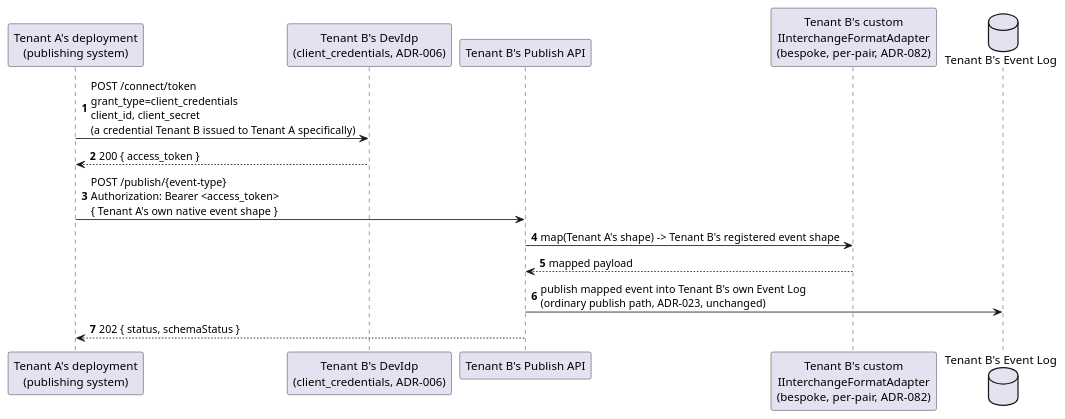
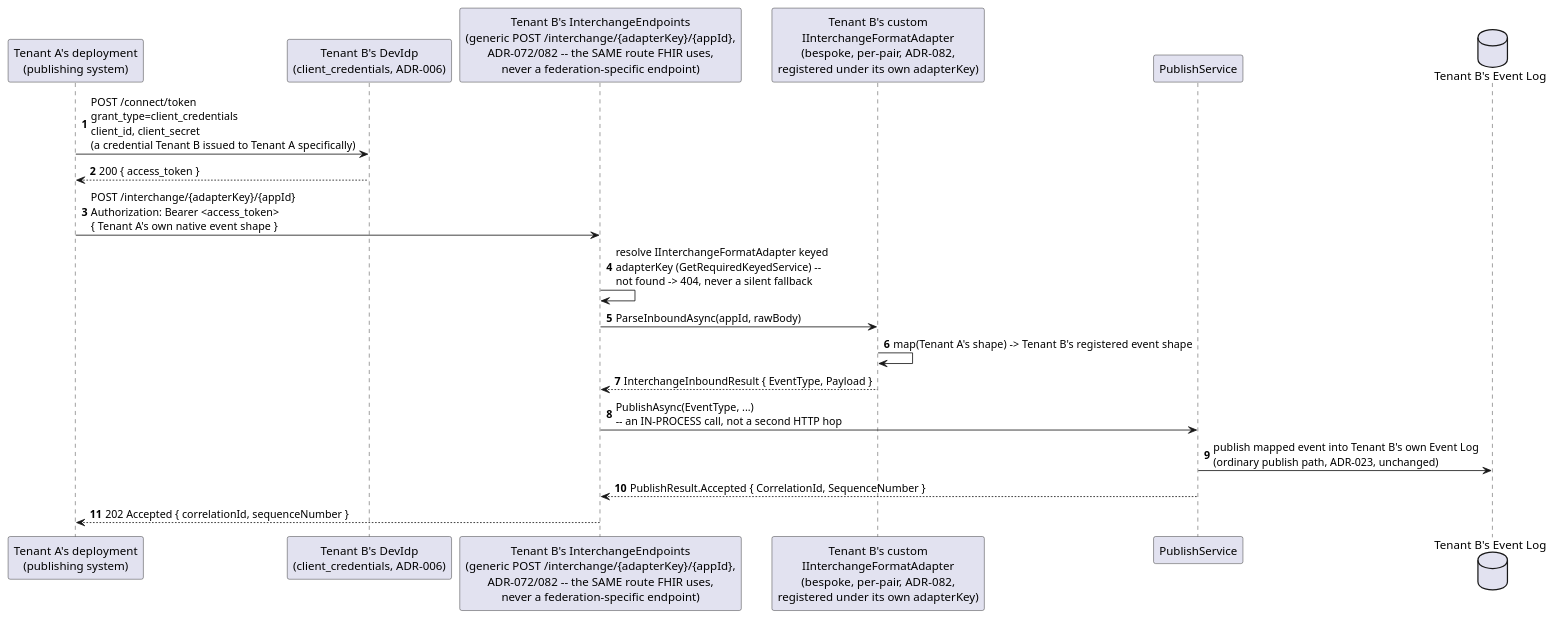
The third of 4 diagrams in docs/features/multi-tenancy.md (Mwwhited-BookLearning/EventSourcing), drawn with PlantUML before and after one commit. The commit also changed other lines of this file and 46 other files, not shown here.

````diff
--- a/docs/features/multi-tenancy.md
+++ b/docs/features/multi-tenancy.md
@@ -125,18 +125,23 @@
 ```plantuml
 @startuml MultiTenancy_Federation_Sequence
 autonumber
 participant "Tenant A's deployment\n(publishing system)" as tenantA
 participant "Tenant B's DevIdp\n(client_credentials, ADR-006)" as bIdp
-participant "Tenant B's Publish API" as bApi
-participant "Tenant B's custom\nIInterchangeFormatAdapter\n(bespoke, per-pair, ADR-082)" as adapter
+participant "Tenant B's InterchangeEndpoints\n(generic POST /interchange/{adapterKey}/{appId},\nADR-072/082 -- the SAME route FHIR uses,\nnever a federation-specific endpoint)" as bInterchange
+participant "Tenant B's custom\nIInterchangeFormatAdapter\n(bespoke, per-pair, ADR-082,\nregistered under its own adapterKey)" as adapter
+participant "PublishService" as publish
 database "Tenant B's Event Log" as bLog
 
 tenantA -> bIdp: POST /connect/token\ngrant_type=client_credentials\nclient_id, client_secret\n(a credential Tenant B issued to Tenant A specifically)
 bIdp --> tenantA: 200 { access_token }
-tenantA -> bApi: POST /publish/{event-type}\nAuthorization: Bearer <access_token>\n{ Tenant A's own native event shape }
-bApi -> adapter: map(Tenant A's shape) -> Tenant B's registered event shape
-adapter --> bApi: mapped payload
-bApi -> bLog: publish mapped event into Tenant B's own Event Log\n(ordinary publish path, ADR-023, unchanged)
-bApi --> tenantA: 202 { status, schemaStatus }
+tenantA -> bInterchange: POST /interchange/{adapterKey}/{appId}\nAuthorization: Bearer <access_token>\n{ Tenant A's own native event shape }
+bInterchange -> bInterchange: resolve IInterchangeFormatAdapter keyed\nadapterKey (GetRequiredKeyedService) --\nnot found -> 404, never a silent fallback
+bInterchange -> adapter: ParseInboundAsync(appId, rawBody)
+adapter -> adapter: map(Tenant A's shape) -> Tenant B's registered event shape
+adapter --> bInterchange: InterchangeInboundResult { EventType, Payload }
+bInterchange -> publish: PublishAsync(EventType, ...)\n-- an IN-PROCESS call, not a second HTTP hop
+publish -> bLog: publish mapped event into Tenant B's own Event Log\n(ordinary publish path, ADR-023, unchanged)
+publish --> bInterchange: PublishResult.Accepted { CorrelationId, SequenceNumber }
+bInterchange --> tenantA: 202 Accepted { correlationId, sequenceNumber }
 @enduml
 ```
````
